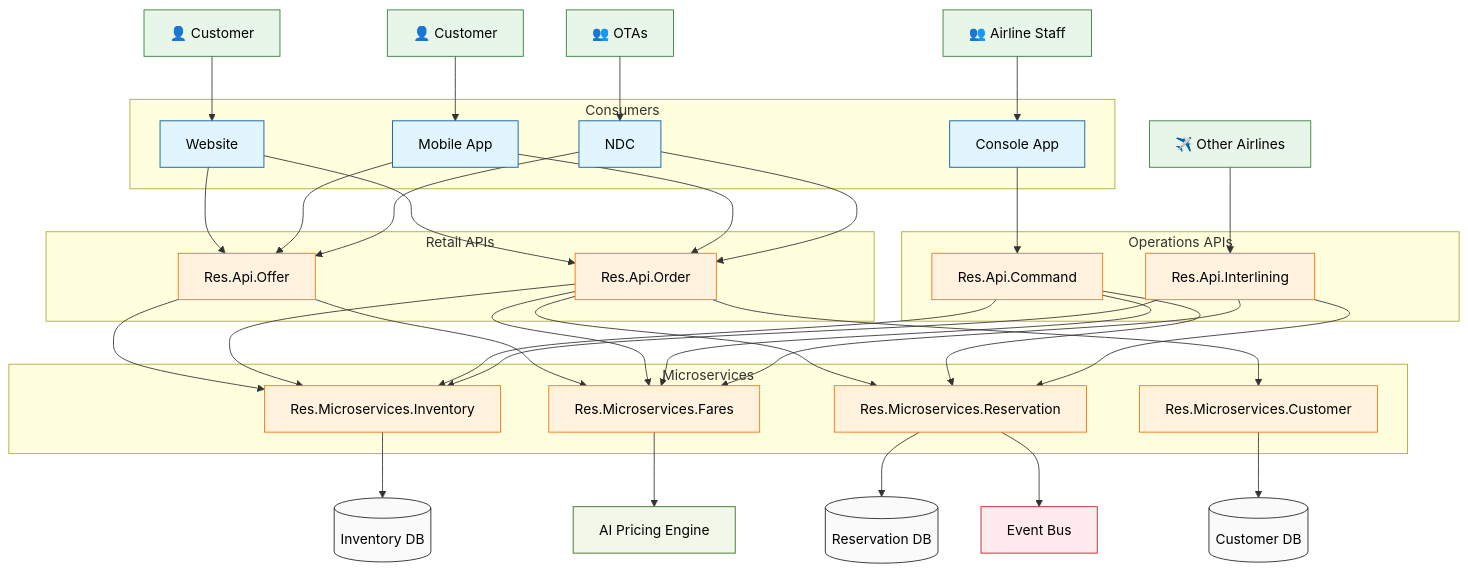
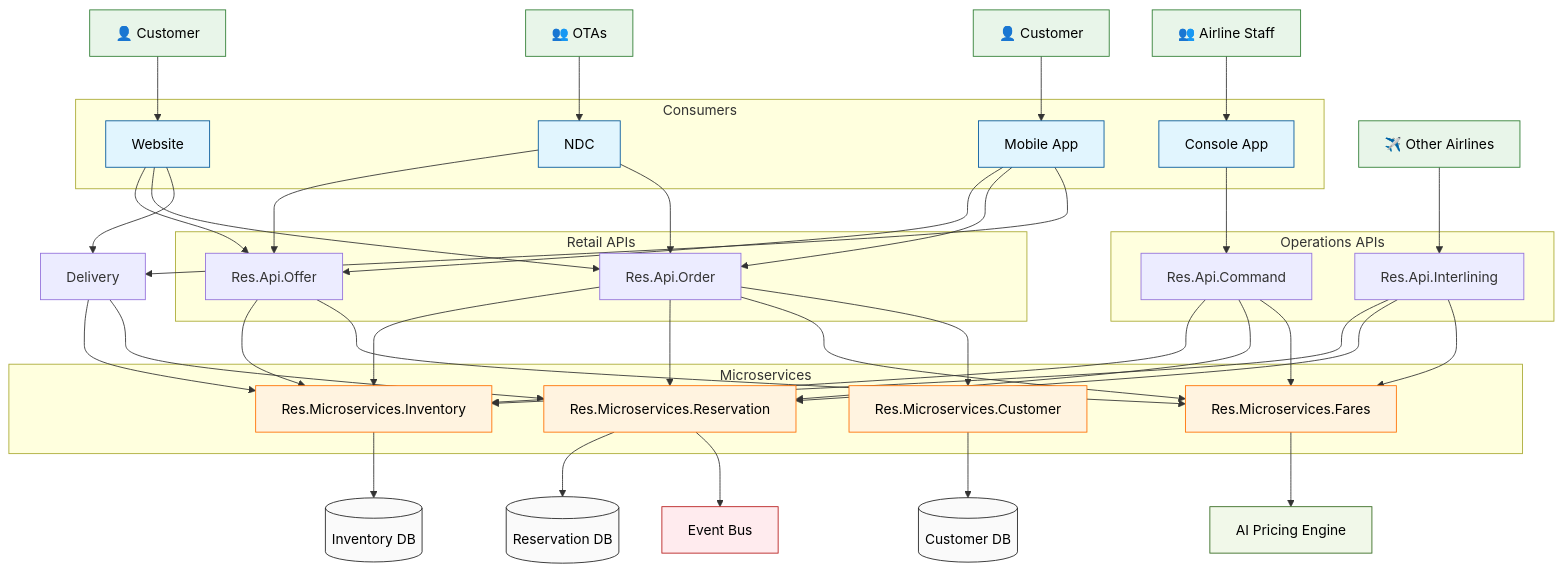
One commit to sebharvey/ReservationSystem changed the diagram in README.md. Above: the diagram before and after it, drawn with Mermaid.

```diff
--- a/README.md
+++ b/README.md
@@ -79,8 +79,10 @@
     %% Consumer to API connections
     Web --> Offer
     Web --> Order
+    Web --> Delivery
     Mobile --> Offer
     Mobile --> Order
+    Mobile --> Delivery
     Console --> Command
     NDC --> Offer
     NDC --> Order
@@ -92,6 +94,8 @@
     Order --> Reservation
     Order --> Fares
     Order --> Customer
+    Delivery --> Inventory
+    Delivery --> Reservation
     Command --> Inventory
     Command --> Reservation
     Command --> Fares
@@ -120,7 +124,7 @@
 
     class Customer1,Customer2,Staff,OTA,Airlines user
     class Web,Mobile,Console,NDC consumer
-    class Offer,Command,Order,Interlining api
+    class Offer,Command,Order,Interlining api,Delivery
     class Retail_APIs,Ops_APIs,Microservices serviceGroup
     class Inventory,Reservation,Fares,Customer microservice
     class DB1,DB2,DB3 database
```
